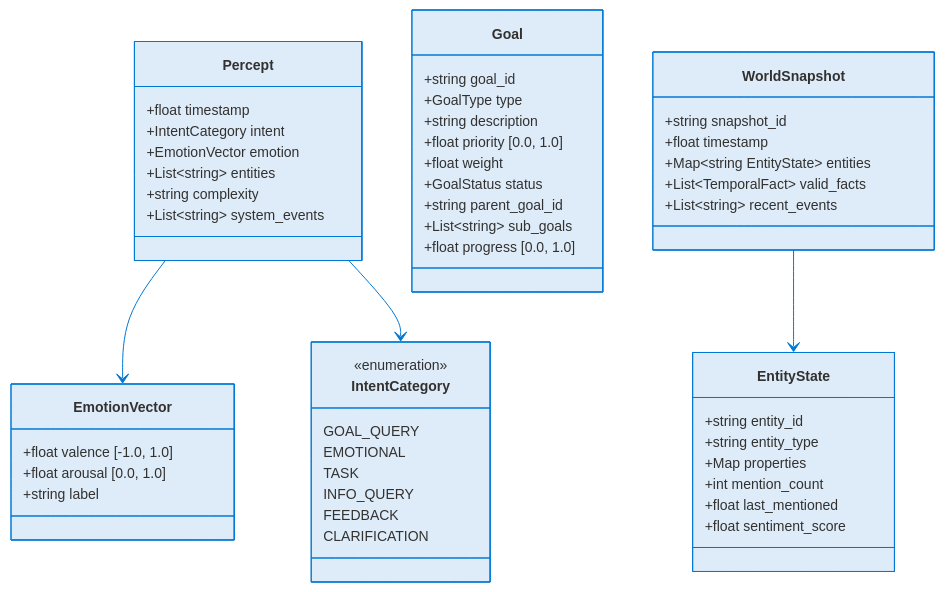
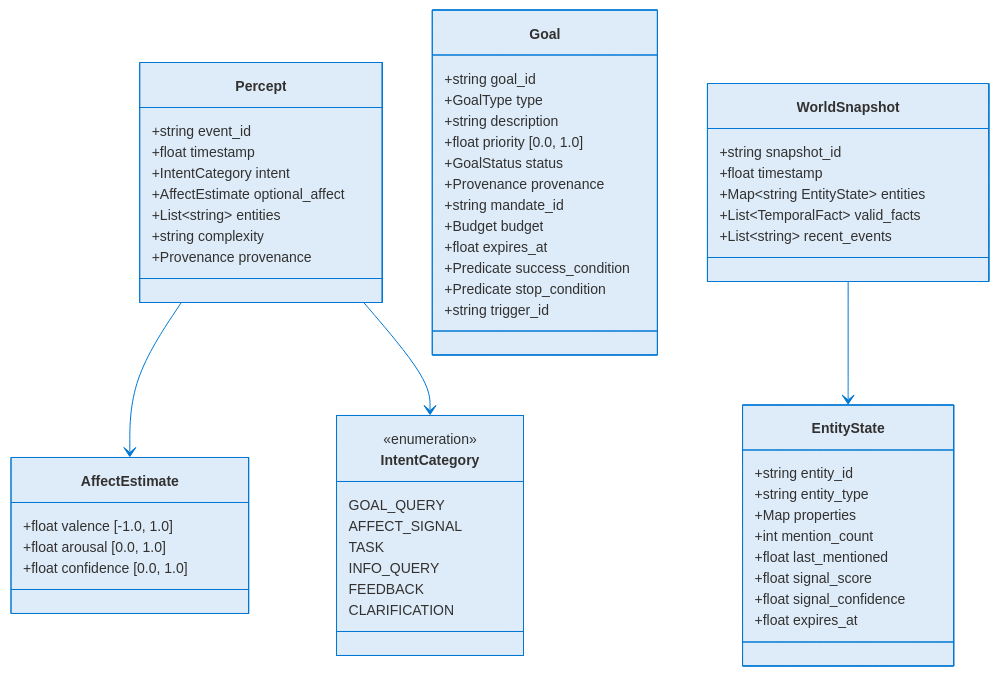
One commit to dotnetpower/mscp changed the fifth of 8 diagrams in docs/levels/Level_2_Autonomous_Agent.ko.md. Above: the diagram before and after it, drawn with Mermaid. The commit also changed other lines of this file and 21 other files, not shown here.

````diff
--- a/docs/levels/Level_2_Autonomous_Agent.ko.md
+++ b/docs/levels/Level_2_Autonomous_Agent.ko.md
@@ -453,61 +521,67 @@
 ```mermaid
 %%{init: {'theme': 'base', 'themeVariables': {'primaryColor': '#0078D4', 'primaryTextColor': '#003D6B', 'primaryBorderColor': '#003D6B', 'secondaryColor': '#50E6FF', 'secondaryTextColor': '#323130', 'secondaryBorderColor': '#00BCF2', 'tertiaryColor': '#F2F2F2', 'tertiaryTextColor': '#323130', 'lineColor': '#0078D4', 'textColor': '#323130', 'mainBkg': '#DEECF9', 'nodeBorder': '#0078D4', 'clusterBkg': '#F2F2F2', 'clusterBorder': '#003D6B', 'titleColor': '#003D6B', 'edgeLabelBackground': '#FFFFFF', 'fontSize': '14px'}}}%%
 classDiagram
   class Percept {
+    +string event_id
     +float timestamp
     +IntentCategory intent
-    +EmotionVector emotion
+    +AffectEstimate optional_affect
     +List~string~ entities
     +string complexity
-    +List~string~ system_events
+    +Provenance provenance
   }
 
-  class EmotionVector {
+  class AffectEstimate {
     +float valence [-1.0, 1.0]
     +float arousal [0.0, 1.0]
-    +string label
+    +float confidence [0.0, 1.0]
   }
 
   class IntentCategory {
     <<enumeration>>
     GOAL_QUERY
-    EMOTIONAL
+    AFFECT_SIGNAL
     TASK
     INFO_QUERY
     FEEDBACK
     CLARIFICATION
   }
 
   class EntityState {
     +string entity_id
     +string entity_type
     +Map properties
     +int mention_count
     +float last_mentioned
-    +float sentiment_score
+    +float signal_score
+    +float signal_confidence
+    +float expires_at
   }
 
   class Goal {
     +string goal_id
     +GoalType type
     +string description
     +float priority [0.0, 1.0]
-    +float weight
     +GoalStatus status
-    +string parent_goal_id
-    +List~string~ sub_goals
-    +float progress [0.0, 1.0]
+    +Provenance provenance
+    +string mandate_id
+    +Budget budget
+    +float expires_at
+    +Predicate success_condition
+    +Predicate stop_condition
+    +string trigger_id
   }
 
   class WorldSnapshot {
     +string snapshot_id
     +float timestamp
     +Map~string EntityState~ entities
     +List~TemporalFact~ valid_facts
     +List~string~ recent_events
   }
 
-  Percept --> EmotionVector
+  Percept --> AffectEstimate
   Percept --> IntentCategory
   WorldSnapshot --> EntityState
 ```
````
